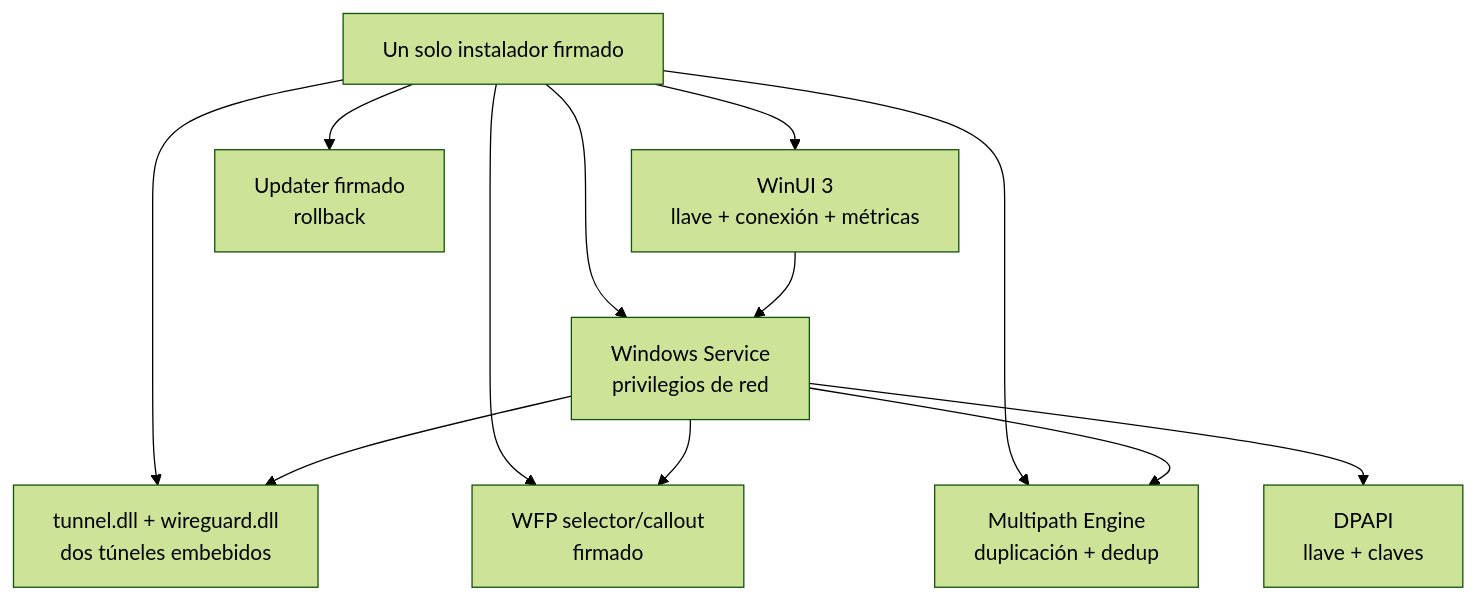
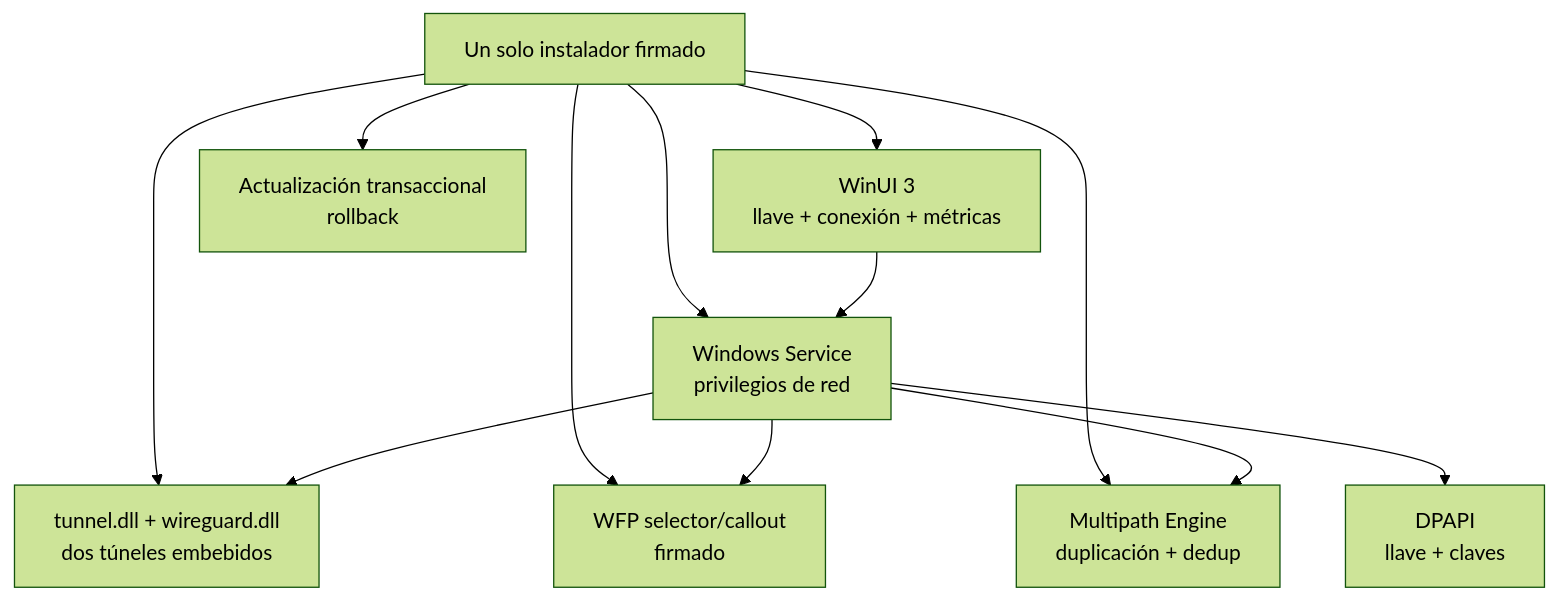
One commit to qrioso-software/qrioso-noping changed the sixth of 9 diagrams in docs/architecture.md. Above: the diagram before and after it, drawn with Mermaid (forest theme). The commit also changed other lines of this file and 94 other files, not shown here.

````diff
--- a/docs/architecture.md
+++ b/docs/architecture.md
@@ -229,23 +231,23 @@
 ```mermaid
 flowchart TB
     INSTALLER["Un solo instalador firmado"]
     UI["WinUI 3<br/>llave + conexión + métricas"]
     SERVICE["Windows Service<br/>privilegios de red"]
     WG["tunnel.dll + wireguard.dll<br/>dos túneles embebidos"]
     FILTER["WFP selector/callout<br/>firmado"]
     BOND["Multipath Engine<br/>duplicación + dedup"]
     STORE["DPAPI<br/>llave + claves"]
-    UPDATE["Updater firmado<br/>rollback"]
+    UPDATE["Actualización transaccional<br/>rollback"]
 
     INSTALLER --> UI
     INSTALLER --> SERVICE
     INSTALLER --> WG
     INSTALLER --> FILTER
     INSTALLER --> BOND
     INSTALLER --> UPDATE
     UI --> SERVICE
     SERVICE --> WG
     SERVICE --> FILTER
     SERVICE --> BOND
     SERVICE --> STORE
 ```
````
